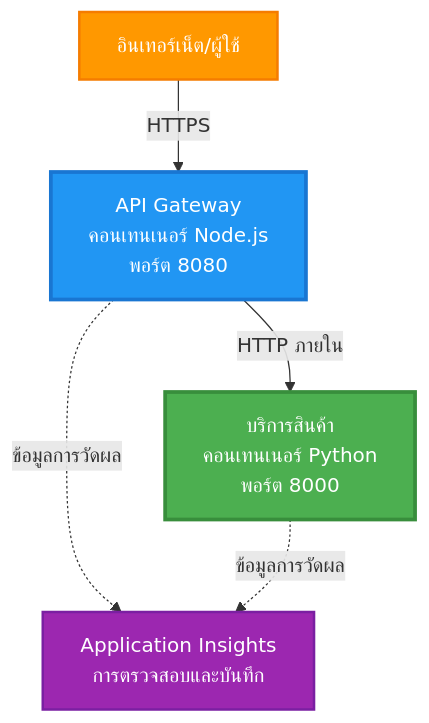
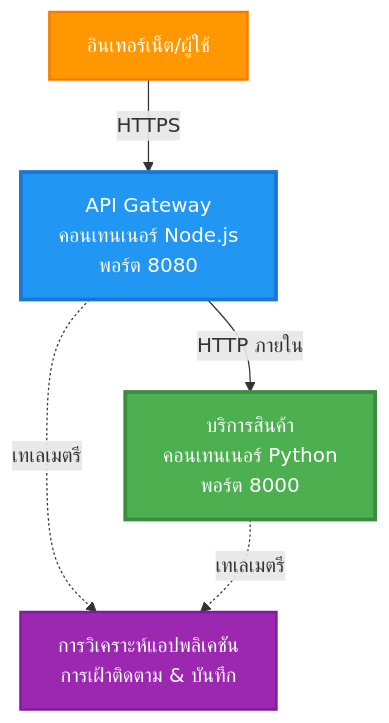
The first of 4 diagrams in translations/th/examples/microservices/README.md (microsoft/AZD-for-beginners), drawn with Mermaid before and after one commit. The commit also changed other lines of this file and 242 other files, not shown here.

````diff
--- a/translations/th/examples/microservices/README.md
+++ b/translations/th/examples/microservices/README.md
@@ -40,17 +31,17 @@
 ```mermaid
 graph TB
     Internet[อินเทอร์เน็ต/ผู้ใช้]
     Gateway[API Gateway<br/>คอนเทนเนอร์ Node.js<br/>พอร์ต 8080]
     Product[บริการสินค้า<br/>คอนเทนเนอร์ Python<br/>พอร์ต 8000]
-    AppInsights[Application Insights<br/>การตรวจสอบและบันทึก]
-
+    AppInsights[การวิเคราะห์แอปพลิเคชัน<br/>การเฝ้าติดตาม & บันทึก]
+    
     Internet -->|HTTPS| Gateway
     Gateway -->|HTTP ภายใน| Product
-    Gateway -.->|ข้อมูลการวัดผล| AppInsights
-    Product -.->|ข้อมูลการวัดผล| AppInsights
+    Gateway -.->|เทเลเมตรี| AppInsights
+    Product -.->|เทเลเมตรี| AppInsights
     
     style Gateway fill:#2196F3,stroke:#1976D2,stroke-width:3px,color:#fff
     style Product fill:#4CAF50,stroke:#388E3C,stroke-width:3px,color:#fff
     style Internet fill:#FF9800,stroke:#F57C00,stroke-width:2px,color:#fff
     style AppInsights fill:#9C27B0,stroke:#7B1FA2,stroke-width:2px,color:#fff
 ```
````
